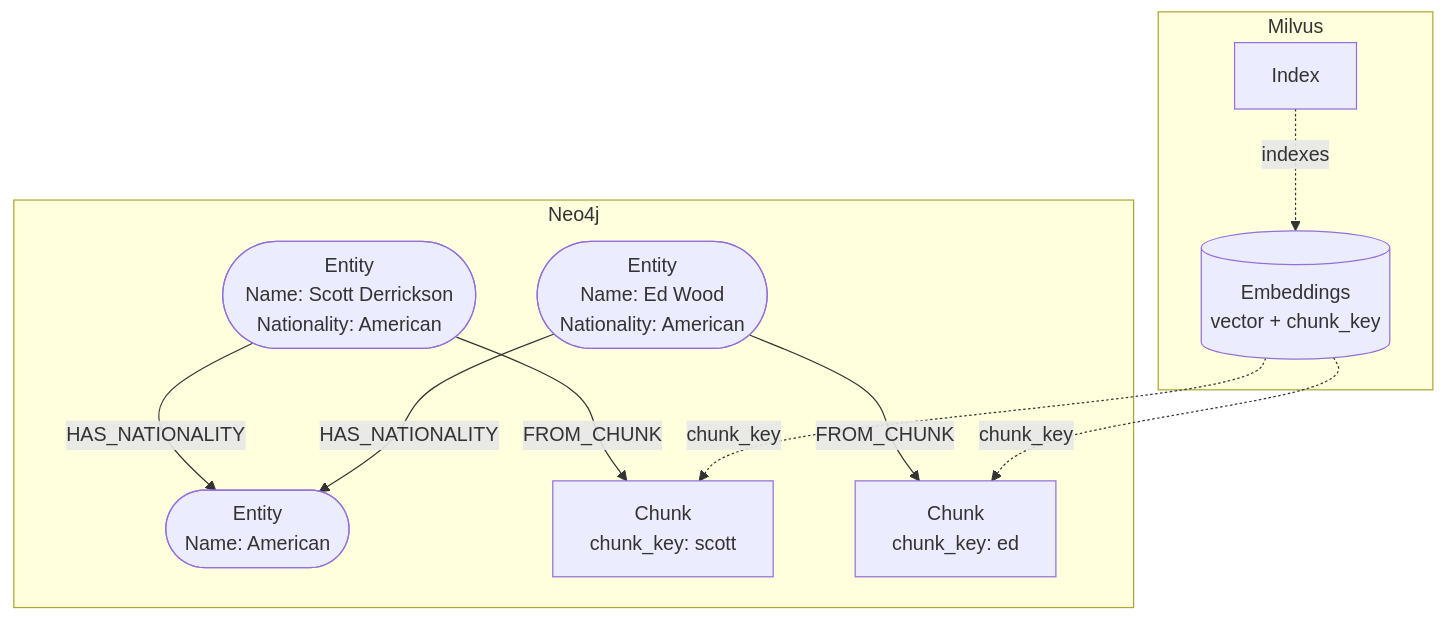
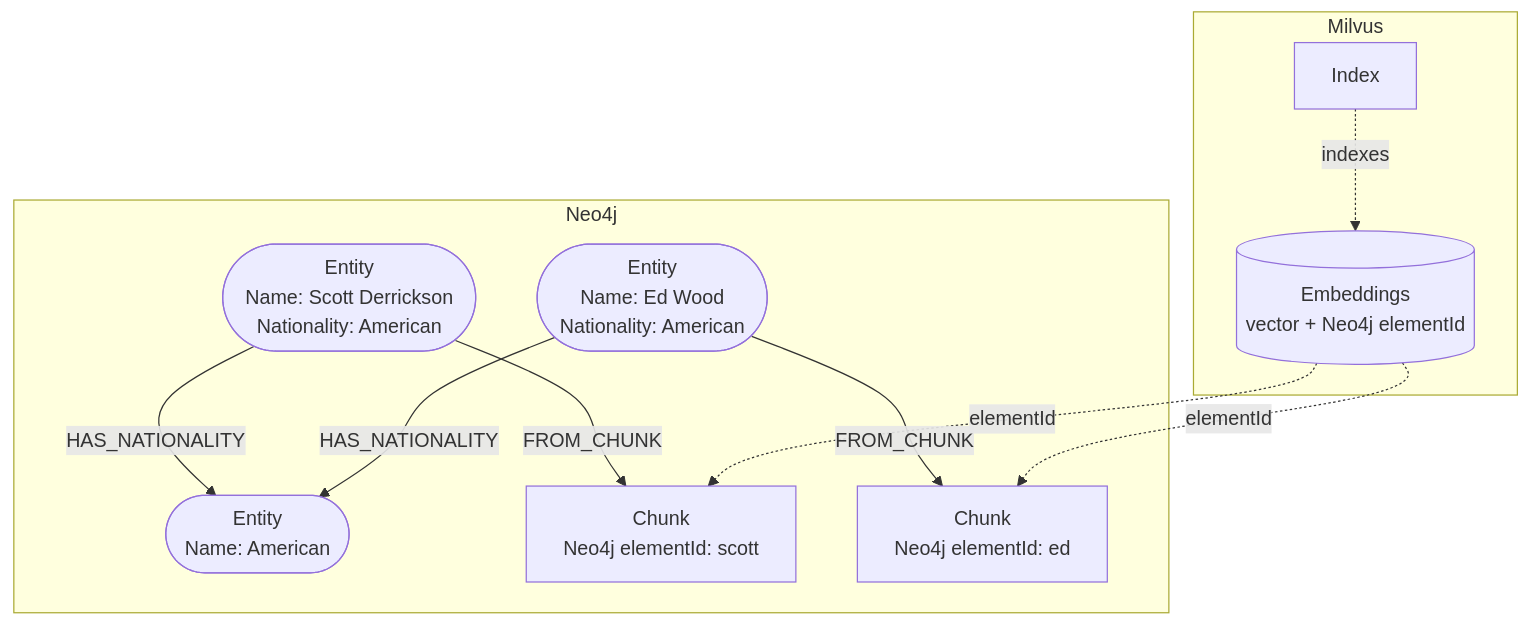
One commit to udit19199/RecRAG changed the sixth of 6 diagrams in docs/graphrag/construction.md. Above: the diagram before and after it, drawn with Mermaid. The commit also changed other lines of this file and 41 other files, not shown here.

````diff
--- a/docs/graphrag/construction.md
+++ b/docs/graphrag/construction.md
@@ -178,24 +179,24 @@
 ```mermaid
 graph TD
     subgraph MILVUS["Milvus"]
         milvus_index["Index"]
-        milvus_embeddings[("Embeddings<br/>vector + chunk_key")]
+        milvus_embeddings[("Embeddings<br/>vector + Neo4j elementId")]
         milvus_index -. indexes .-> milvus_embeddings
     end
 
     subgraph NEO4J["Neo4j"]
         scott(["Entity<br/>Name: Scott Derrickson<br/>Nationality: American"])
         ed(["Entity<br/>Name: Ed Wood<br/>Nationality: American"])
         american(["Entity<br/>Name: American"])
-        scott_chunk["Chunk<br/>chunk_key: scott"]
-        ed_chunk["Chunk<br/>chunk_key: ed"]
+        scott_chunk["Chunk<br/>Neo4j elementId: scott"]
+        ed_chunk["Chunk<br/>Neo4j elementId: ed"]
 
         scott -->|HAS_NATIONALITY| american
         ed -->|HAS_NATIONALITY| american
         scott -->|FROM_CHUNK| scott_chunk
         ed -->|FROM_CHUNK| ed_chunk
     end
 
-    milvus_embeddings -. chunk_key .-> scott_chunk
-    milvus_embeddings -. chunk_key .-> ed_chunk
+    milvus_embeddings -. elementId .-> scott_chunk
+    milvus_embeddings -. elementId .-> ed_chunk
 ```
````
